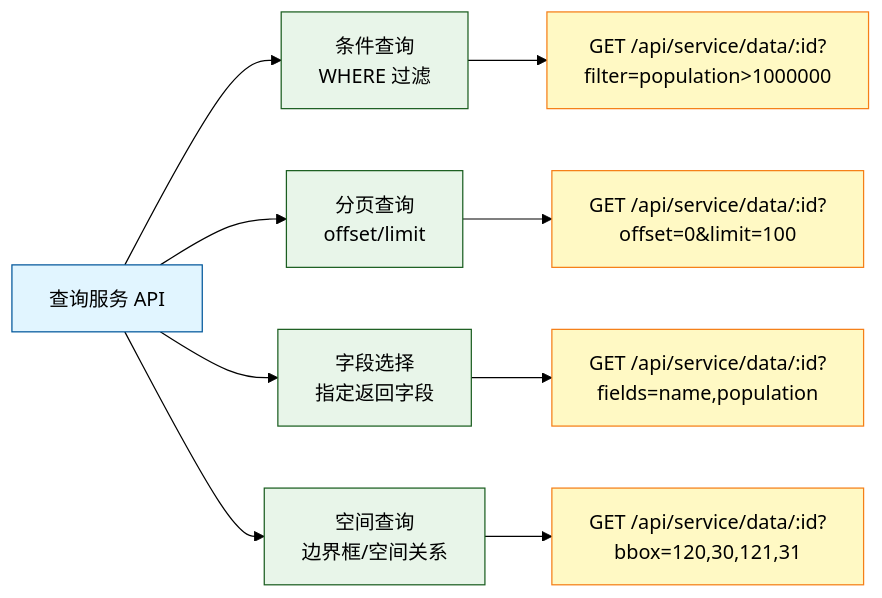
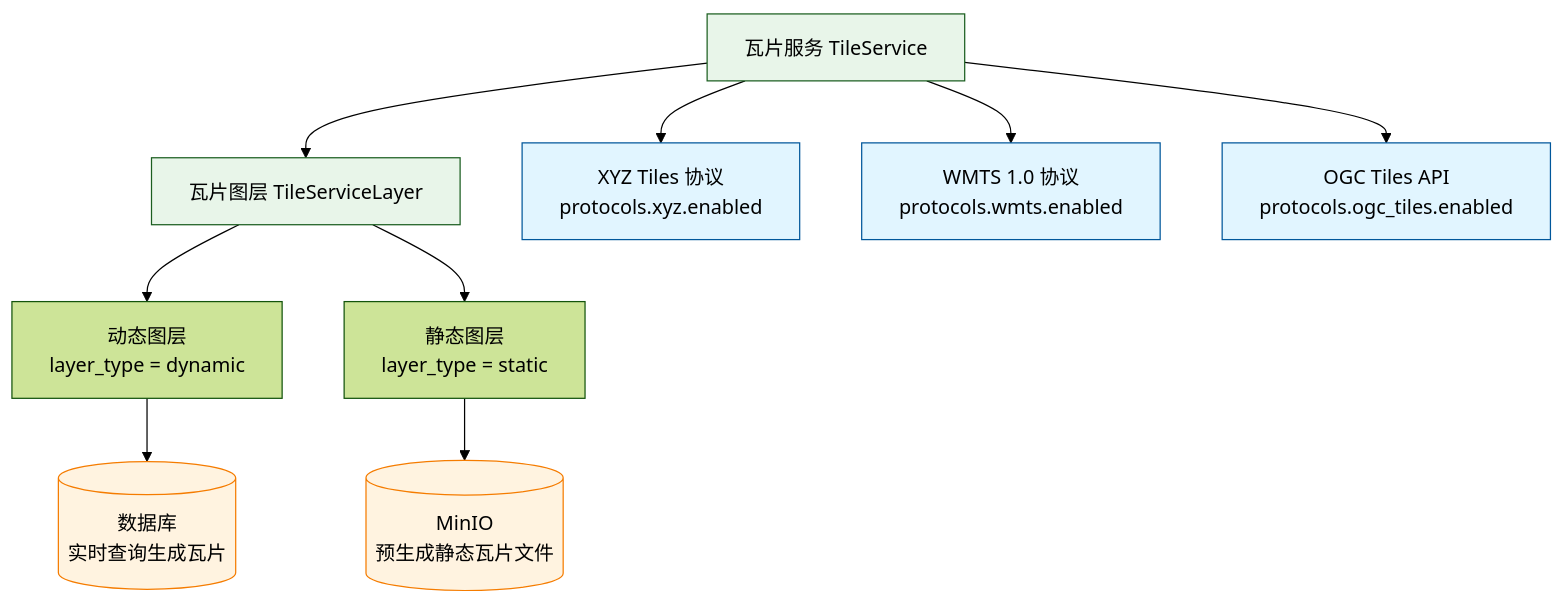
One commit to pampa0629/addp changed the fourth of 4 diagrams in docs/concepts/addp数据服务体系图.md. Above: the diagram before and after it, drawn with Mermaid (forest theme). The commit also changed other lines of this file and 54 other files, not shown here.

````diff
--- a/docs/concepts/addp数据服务体系图.md
+++ b/docs/concepts/addp数据服务体系图.md
@@ -136,22 +226,22 @@
 ```mermaid
-graph LR
-    API[查询服务 API]
+graph TB
+    TS[瓦片服务 TileService]
+    TS --> Layer[瓦片图层 TileServiceLayer]
 
-    API --> Condition[条件查询<br/>WHERE 过滤]
-    API --> Pagination[分页查询<br/>offset/limit]
-    API --> Fields[字段选择<br/>指定返回字段]
-    API --> Spatial[空间查询<br/>边界框/空间关系]
+    Layer --> Dynamic[动态图层<br/>layer_type = dynamic]
+    Layer --> Static[静态图层<br/>layer_type = static]
 
-    Condition --> Example1["GET /api/service/data/:id?<br/>filter=population>1000000"]
-    Pagination --> Example2["GET /api/service/data/:id?<br/>offset=0&limit=100"]
-    Fields --> Example3["GET /api/service/data/:id?<br/>fields=name,population"]
-    Spatial --> Example4["GET /api/service/data/:id?<br/>bbox=120,30,121,31"]
+    Dynamic --> DB[(数据库<br/>实时查询生成瓦片)]
+    Static --> MinIO[(MinIO<br/>预生成静态瓦片文件)]
 
-    classDef api fill:#e1f5ff,stroke:#01579b
-    classDef feature fill:#e8f5e9,stroke:#1b5e20
-    classDef example fill:#fff9c4,stroke:#f57f17
+    TS --> XYZ[XYZ Tiles 协议<br/>protocols.xyz.enabled]
+    TS --> WMTS[WMTS 1.0 协议<br/>protocols.wmts.enabled]
+    TS --> OGCT[OGC Tiles API<br/>protocols.ogc_tiles.enabled]
 
-    class API api
-    class Condition,Pagination,Fields,Spatial feature
-    class Example1,Example2,Example3,Example4 example
+    classDef service fill:#e8f5e9,stroke:#1b5e20
+    classDef protocol fill:#e1f5ff,stroke:#01579b
+    classDef storage fill:#fff3e0,stroke:#f57c00
+    class TS,Layer service
+    class XYZ,WMTS,OGCT protocol
+    class DB,MinIO storage
 ```
````
